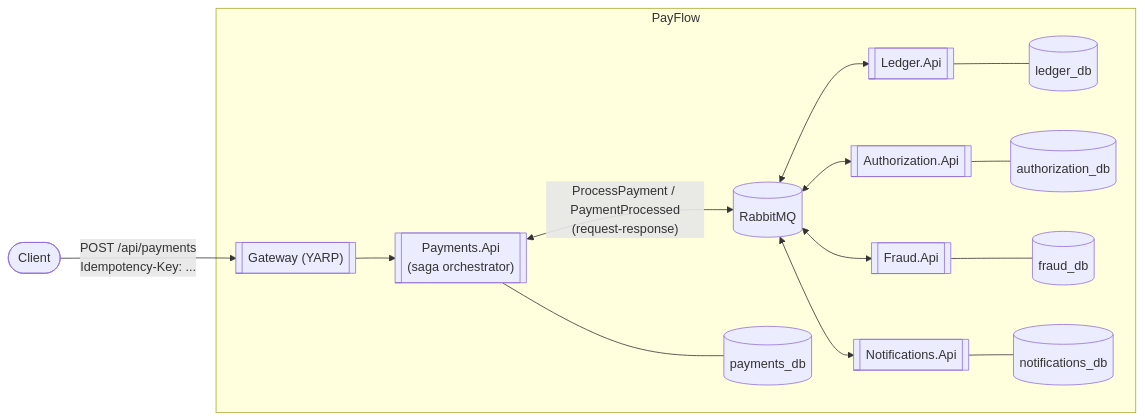
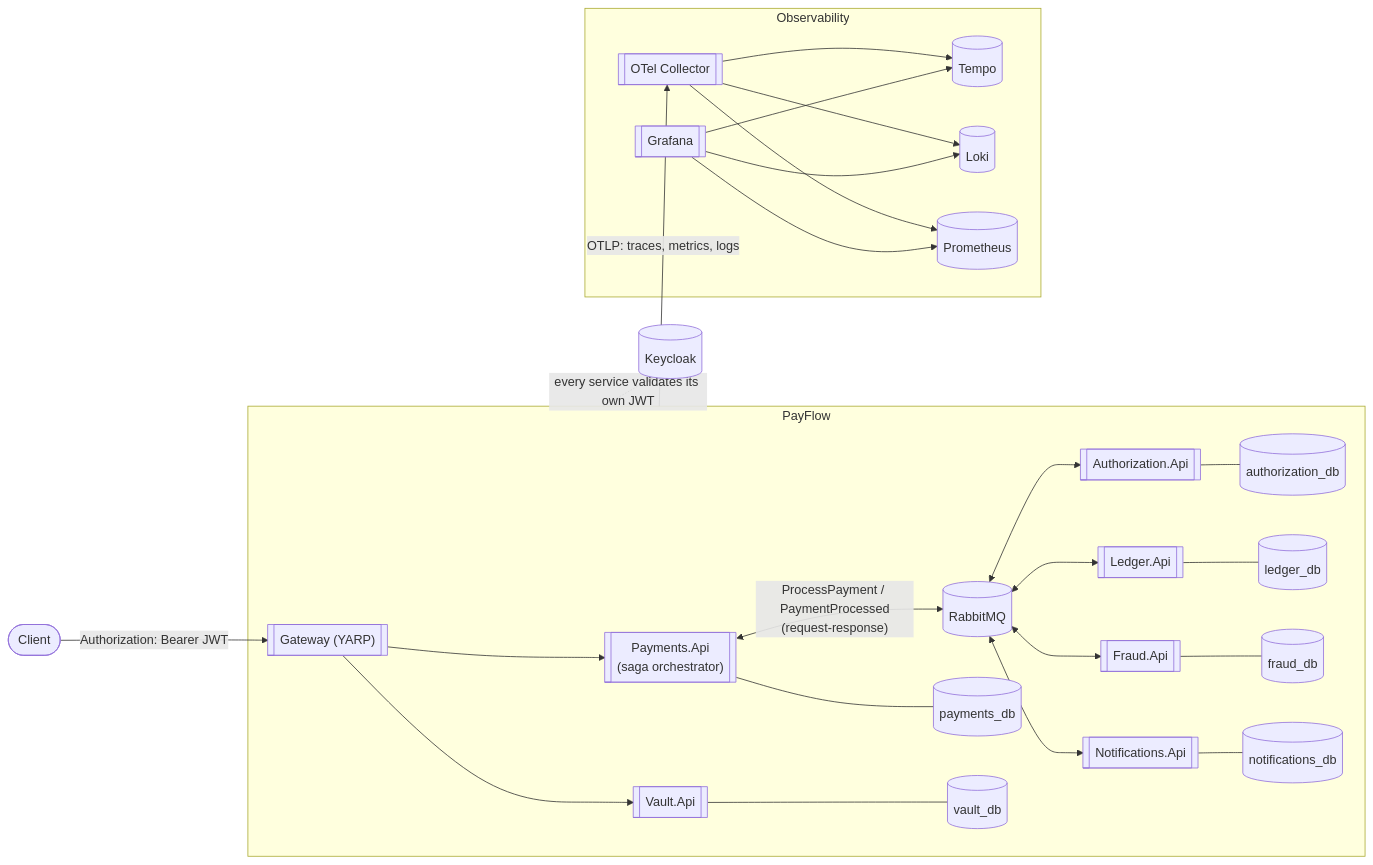
Before and after one commit to queennduji/payflow: the first of 2 diagrams in docs/architecture.md, drawn with Mermaid. The commit also changed other lines of this file and 1 other file, not shown here.

First line of the commit message:
Update docs: reflect Phase 7, CI badges, and roadmap

````diff
--- a/docs/architecture.md
+++ b/docs/architecture.md
@@ -11,32 +9,55 @@
 ```mermaid
 flowchart LR
     client([Client])
+    keycloak[("Keycloak")]
 
     subgraph payflow[PayFlow]
         gateway[["Gateway (YARP)"]]
         payments[["Payments.Api\n(saga orchestrator)"]]
         auth[["Authorization.Api"]]
         ledger[["Ledger.Api"]]
         fraud[["Fraud.Api"]]
         notif[["Notifications.Api"]]
+        vault[["Vault.Api"]]
         mq[("RabbitMQ")]
         paymentsDb[(payments_db)]
+        authDb[(authorization_db)]
         ledgerDb[(ledger_db)]
-        authDb[(authorization_db)]
         fraudDb[(fraud_db)]
         notifDb[(notifications_db)]
+        vaultDb[(vault_db)]
     end
 
-    client -->|"POST /api/payments\nIdempotency-Key: ..."| gateway
+    subgraph observability[Observability]
+        collector[["OTel Collector"]]
+        tempo[("Tempo")]
+        loki[("Loki")]
+        prometheus[("Prometheus")]
+        grafana[["Grafana"]]
+    end
+
+    client -->|"Authorization: Bearer JWT"| gateway
     gateway --> payments
+    gateway --> vault
     payments <-->|"ProcessPayment / PaymentProcessed\n(request-response)"| mq
     mq <--> auth
     mq <--> ledger
     mq <--> fraud
     mq <--> notif
+
     payments --- paymentsDb
+    auth --- authDb
     ledger --- ledgerDb
-    auth --- authDb
     fraud --- fraudDb
     notif --- notifDb
+    vault --- vaultDb
+
+    payflow -.->|"every service validates its own JWT"| keycloak
+    payflow -->|"OTLP: traces, metrics, logs"| collector
+    collector --> tempo
+    collector --> loki
+    collector --> prometheus
+    grafana --> tempo
+    grafana --> loki
+    grafana --> prometheus
 ```
````
